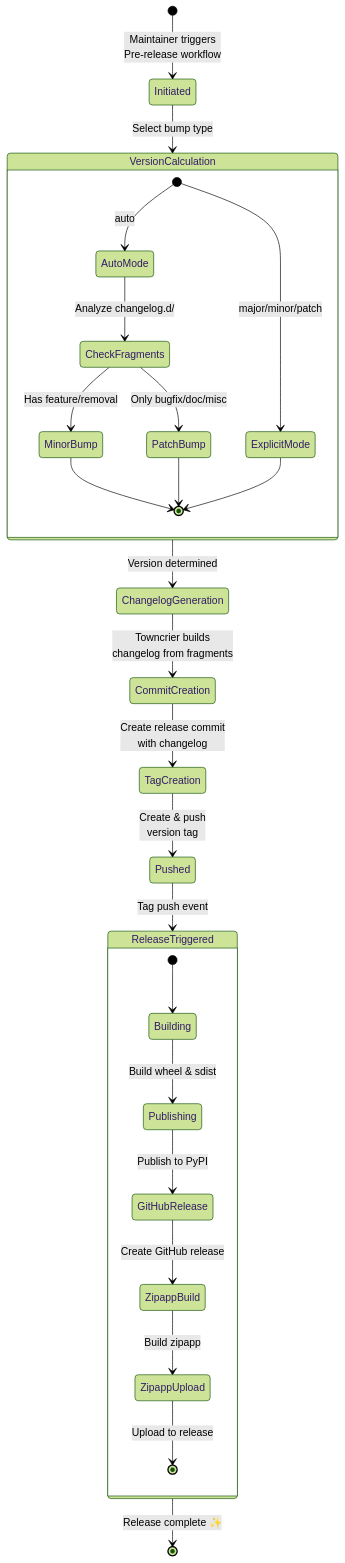
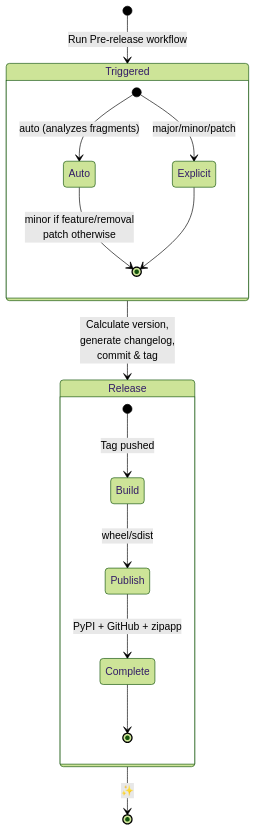
The diagram in docs/contributing.md (pypa/pipx), drawn with Mermaid (forest theme) before and after one commit.

Commit message:
📝 docs(release): make state diagram more compact
Condensed the diagram by combining related steps and using shorter labels
while maintaining clarity about the core flow.

````diff
--- a/docs/contributing.md
+++ b/docs/contributing.md
@@ -235,40 +235,22 @@
 ```mermaid
 stateDiagram-v2
-    [*] --> Initiated: Maintainer triggers<br/>Pre-release workflow
+    [*] --> Triggered: Run Pre-release workflow
 
-    Initiated --> VersionCalculation: Select bump type
-
-    state VersionCalculation {
-        [*] --> AutoMode: auto
-        [*] --> ExplicitMode: major/minor/patch
-
-        AutoMode --> CheckFragments: Analyze changelog.d/
-        CheckFragments --> MinorBump: Has feature/removal
-        CheckFragments --> PatchBump: Only bugfix/doc/misc
-
-        MinorBump --> [*]
-        PatchBump --> [*]
-        ExplicitMode --> [*]
+    state Triggered {
+        [*] --> Auto: auto (analyzes fragments)
+        [*] --> Explicit: major/minor/patch
+        Auto --> [*]: minor if feature/removal<br/>patch otherwise
+        Explicit --> [*]
     }
 
-    VersionCalculation --> ChangelogGeneration: Version determined
+    Triggered --> Release: Calculate version,<br/>generate changelog,<br/>commit & tag
 
-    ChangelogGeneration --> CommitCreation: Towncrier builds<br/>changelog from fragments
-
-    CommitCreation --> TagCreation: Create release commit<br/>with changelog
-
-    TagCreation --> Pushed: Create & push<br/>version tag
-
-    Pushed --> ReleaseTriggered: Tag push event
-
-    state ReleaseTriggered {
-        [*] --> Building
-        Building --> Publishing: Build wheel & sdist
-        Publishing --> GitHubRelease: Publish to PyPI
-        GitHubRelease --> ZipappBuild: Create GitHub release
-        ZipappBuild --> ZipappUpload: Build zipapp
-        ZipappUpload --> [*]: Upload to release
+    state Release {
+        [*] --> Build: Tag pushed
+        Build --> Publish: wheel/sdist
+        Publish --> Complete: PyPI + GitHub + zipapp
+        Complete --> [*]
     }
 
-    ReleaseTriggered --> [*]: Release complete ✨
+    Release --> [*]: ✨
 ```
````
